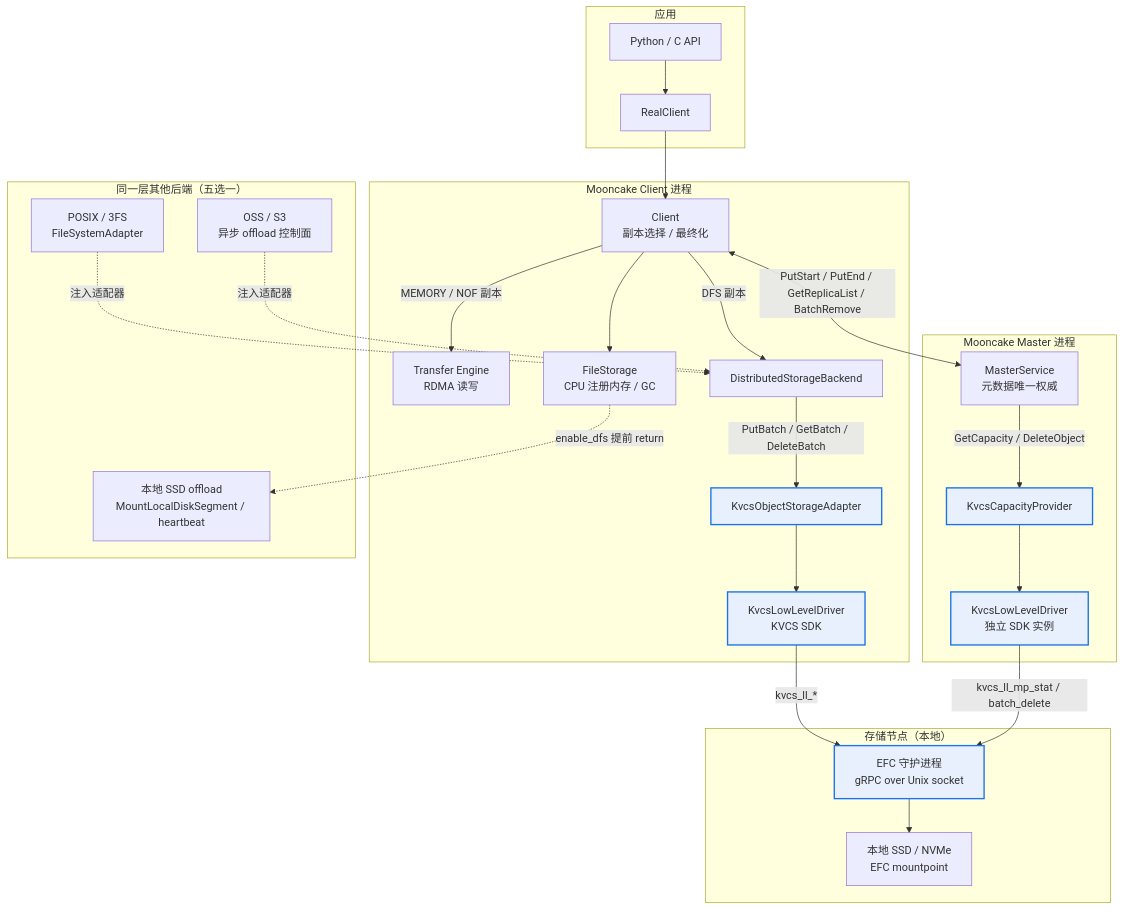
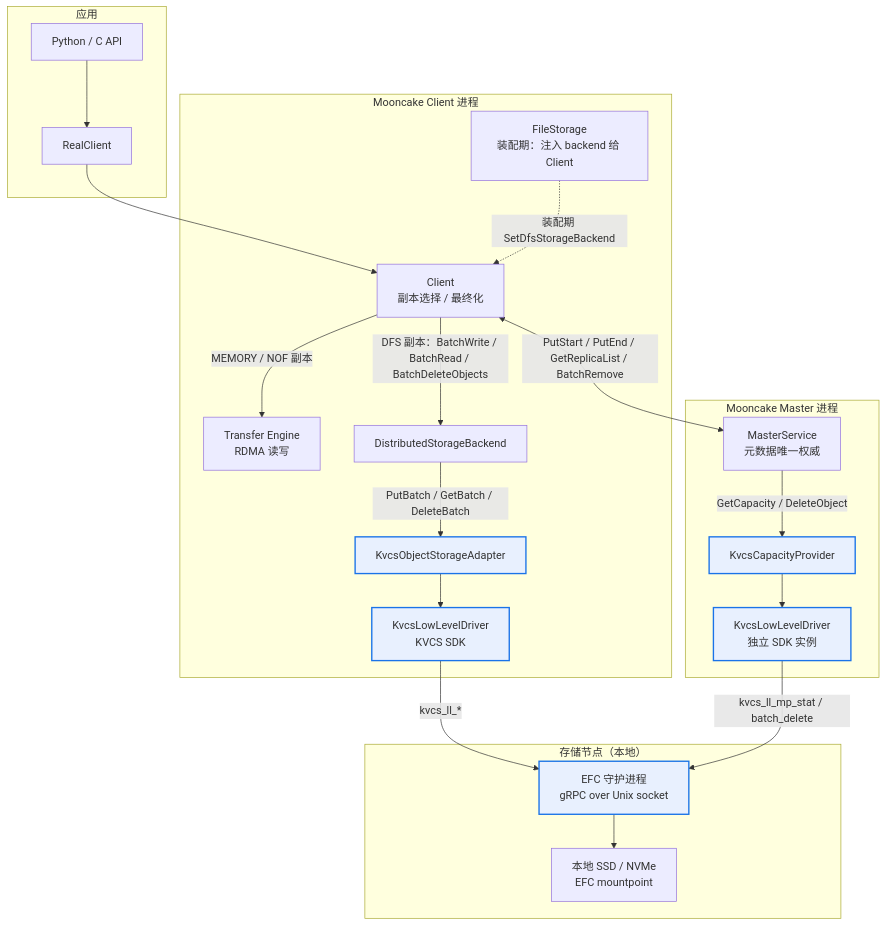
Before and after one commit to zwj20000328-dotcom/Mooncake-documents: the diagram in kvcs-system-position.md, drawn with Mermaid. The commit also changed 1 other file, not shown here.

Commit message:
new file:   dfs-in-system-position.md

````diff
--- a/kvcs-system-position.md
+++ b/kvcs-system-position.md
@@ -1,56 +1,46 @@
 ```mermaid
 flowchart TB
     subgraph APP["应用"]
         PY["Python / C API"]
         RC["RealClient"]
     end
 
     subgraph CP["Mooncake Client 进程"]
         CL["Client<br/>副本选择 / 最终化"]
         TE["Transfer Engine<br/>RDMA 读写"]
-        FS["FileStorage<br/>CPU 注册内存 / GC"]
+        FS["FileStorage<br/>装配期：注入 backend 给 Client"]
         DSB["DistributedStorageBackend"]
         KOA["KvcsObjectStorageAdapter"]
         KLD["KvcsLowLevelDriver<br/>KVCS SDK"]
     end
 
     subgraph MP["Mooncake Master 进程"]
         MS["MasterService<br/>元数据唯一权威"]
         KCP["KvcsCapacityProvider"]
         KLD2["KvcsLowLevelDriver<br/>独立 SDK 实例"]
     end
 
     subgraph SN["存储节点（本地）"]
         EFC["EFC 守护进程<br/>gRPC over Unix socket"]
         DISK["本地 SSD / NVMe<br/>EFC mountpoint"]
     end
 
-    subgraph ALT["同一层其他后端（五选一）"]
-        PFS["POSIX / 3FS<br/>FileSystemAdapter"]
-        OBJ["OSS / S3<br/>异步 offload 控制面"]
-        SSD["本地 SSD offload<br/>MountLocalDiskSegment / heartbeat"]
-    end
-
     PY --> RC --> CL
 
+    FS -. 装配期 SetDfsStorageBackend .-> CL
     CL -->|MEMORY / NOF 副本| TE
-    CL -->|DFS 副本| DSB
-    CL --> FS
+    CL -->|DFS 副本：BatchWrite / BatchRead / BatchDeleteObjects| DSB
 
     DSB -->|PutBatch / GetBatch / DeleteBatch| KOA
     KOA --> KLD
     KLD -->|kvcs_ll_*| EFC
     EFC --> DISK
 
     CL <-->|PutStart / PutEnd / GetReplicaList / BatchRemove| MS
     MS -->|GetCapacity / DeleteObject| KCP
     KCP --> KLD2
     KLD2 -->|kvcs_ll_mp_stat / batch_delete| EFC
 
-    PFS -. 注入适配器 .-> DSB
-    OBJ -. 注入适配器 .-> DSB
-    FS -. enable_dfs 提前 return .-> SSD
-
     classDef kvcs fill:#e8f0fe,stroke:#1a73e8,stroke-width:2px;
     class KOA,KLD,KLD2,KCP,EFC kvcs;
 ```
````
